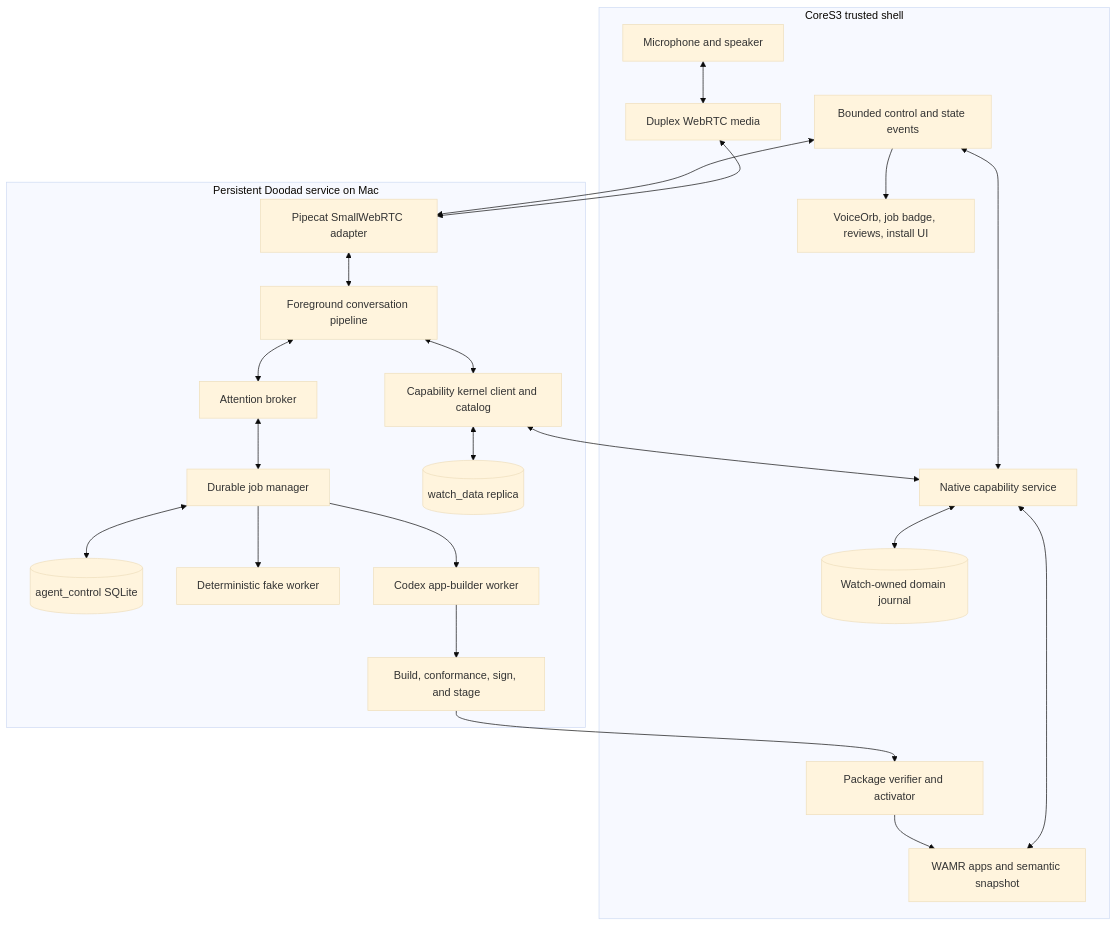
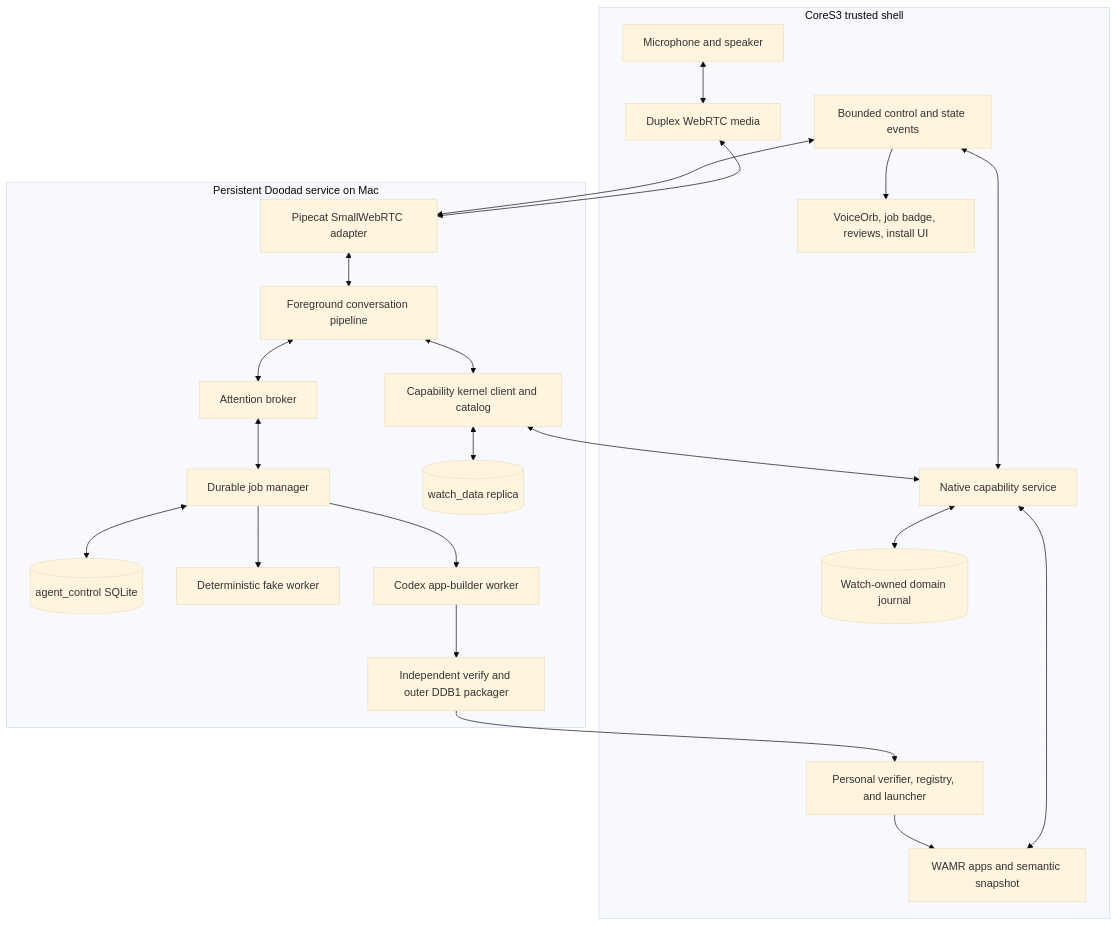
One commit to chadnickbok/voicewatch changed the diagram in doodad-runtime/docs/live-agent-vertical-slice.md. Above: the diagram before and after it, drawn with Mermaid (base theme). The commit also changed other lines of this file and 100 other files, not shown here.

````diff
--- a/doodad-runtime/docs/live-agent-vertical-slice.md
+++ b/doodad-runtime/docs/live-agent-vertical-slice.md
@@ -282,48 +357,48 @@
 ```mermaid
 flowchart TB
     subgraph Watch[CoreS3 trusted shell]
         Mic[Microphone and speaker]
         Media[Duplex WebRTC media]
         Control[Bounded control and state events]
         UI[VoiceOrb, job badge, reviews, install UI]
         Kernel[Native capability service]
         WatchStore[(Watch-owned domain journal)]
         Runtime[WAMR apps and semantic snapshot]
-        Packages[Package verifier and activator]
+        Packages[Personal verifier, registry, and launcher]
 
         Mic <--> Media
         Control --> UI
         Control <--> Kernel
         Kernel <--> WatchStore
         Kernel <--> Runtime
         Packages --> Runtime
     end
 
     subgraph Mac[Persistent Doodad service on Mac]
         Transport[Pipecat SmallWebRTC adapter]
         Foreground[Foreground conversation pipeline]
         Capabilities[Capability kernel client and catalog]
         Attention[Attention broker]
         Jobs[Durable job manager]
         AgentDB[(agent_control SQLite)]
         Replica[(watch_data replica)]
         Fake[Deterministic fake worker]
         Codex[Codex app-builder worker]
-        Build[Build, conformance, sign, and stage]
+        Build[Independent verify and outer DDB1 packager]
 
         Transport <--> Foreground
         Foreground <--> Capabilities
         Foreground <--> Attention
         Capabilities <--> Replica
         Attention <--> Jobs
         Jobs <--> AgentDB
         Jobs --> Fake
         Jobs --> Codex
         Codex --> Build
     end
 
     Media <--> Transport
     Control <--> Transport
     Capabilities <--> Kernel
     Build --> Packages
 ```
````
